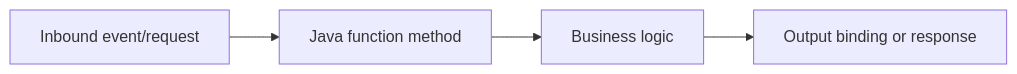
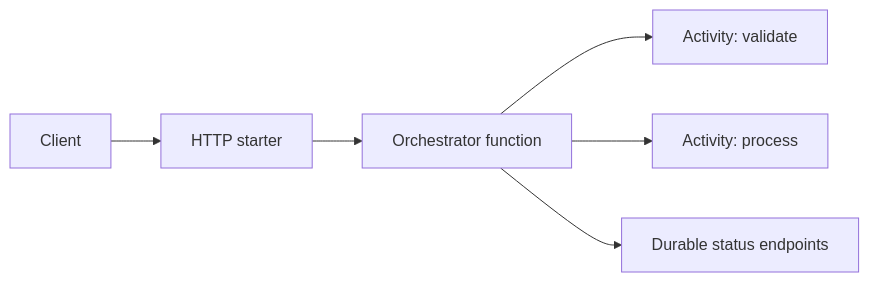
Before and after one commit to yeongseon/azure-functions-practical-guide: the diagram in docs/language-guides/java/recipes/durable-orchestration.md, drawn with Mermaid. The commit also changed other lines of this file and 217 other files, not shown here.

````diff
--- a/docs/language-guides/java/recipes/durable-orchestration.md
+++ b/docs/language-guides/java/recipes/durable-orchestration.md
@@ -7,6 +7,8 @@
 ```mermaid
 flowchart LR
-    A[Inbound event/request] --> B[Java function method]
-    B --> C[Business logic]
-    C --> D[Output binding or response]
+    CLIENT[Client] --> STARTER[HTTP starter]
+    STARTER --> ORCH[Orchestrator function]
+    ORCH --> ACT1[Activity: validate]
+    ORCH --> ACT2[Activity: process]
+    ORCH --> STATUS[Durable status endpoints]
 ```
````
